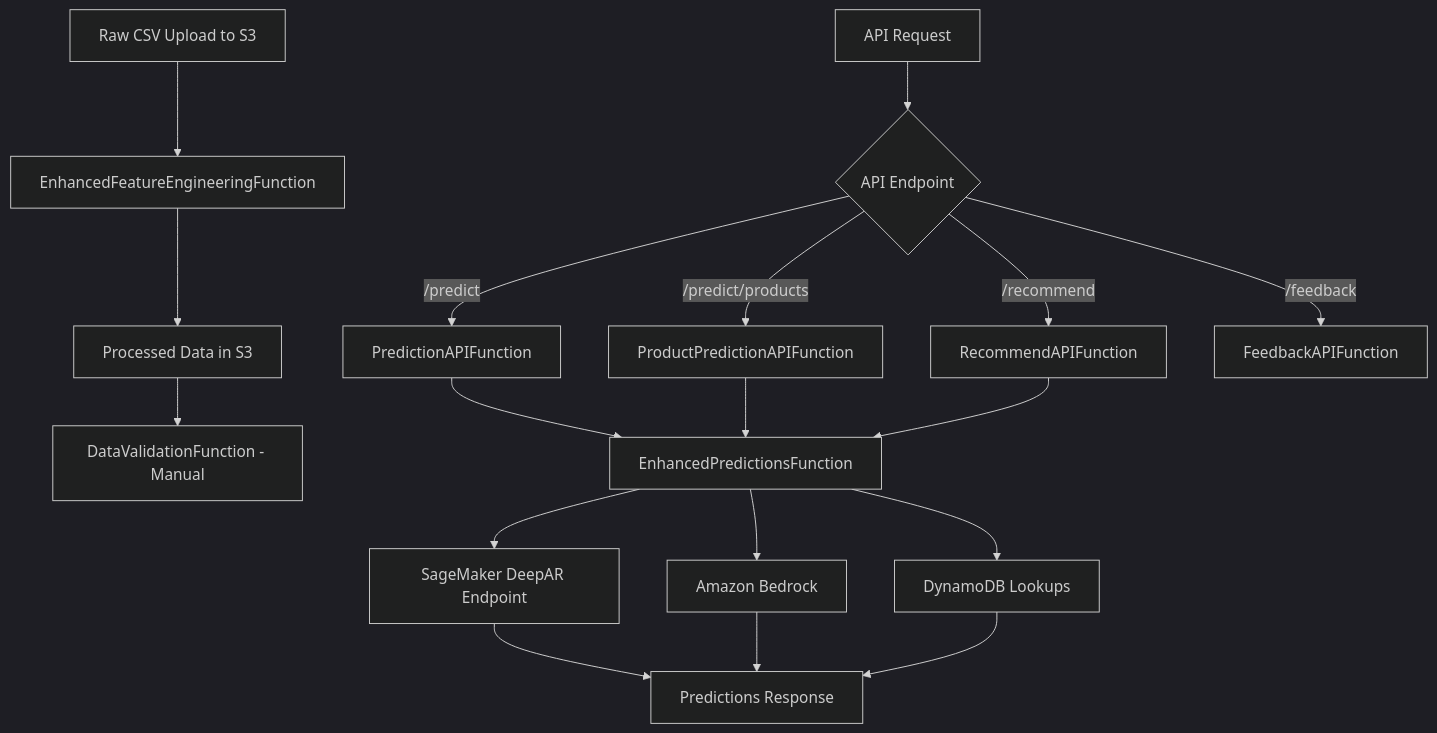
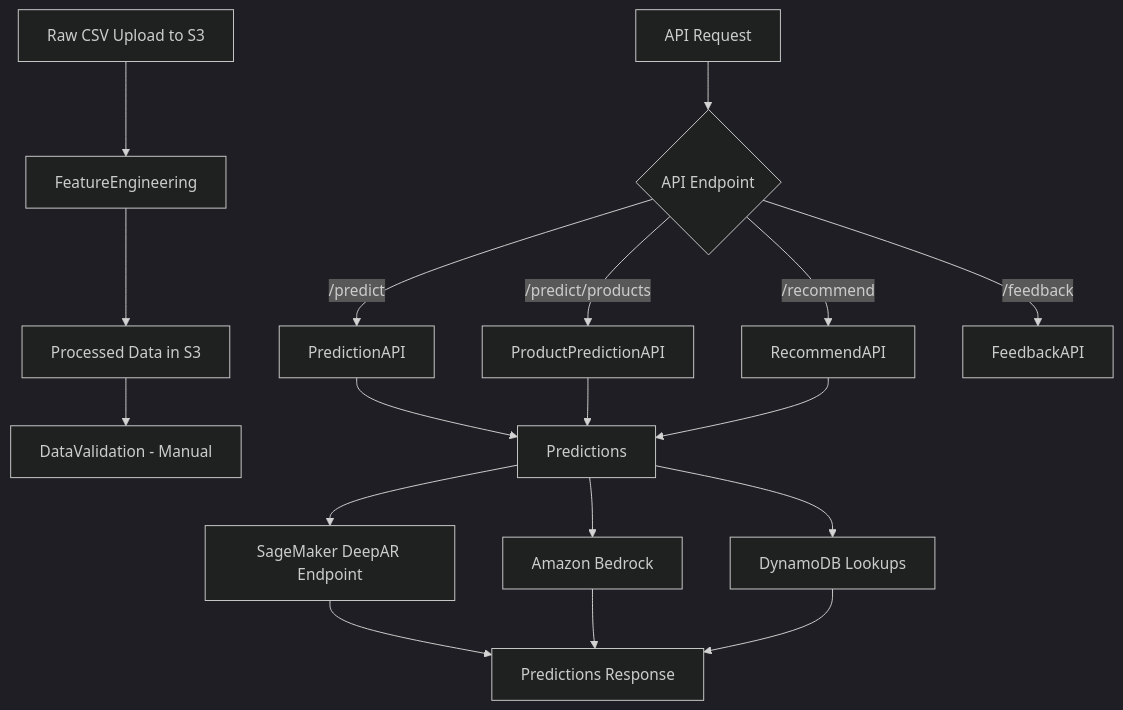
Before and after one commit to gauravpcu/cartitemprediction: the diagram in README.md, drawn with Mermaid (dark theme). The commit also changed other lines of this file and 10956 other files, not shown here.

First line of the commit message:
feat: Lambda optimization and enhanced feature engineering

````diff
--- a/README.md
+++ b/README.md
@@ -41,24 +41,24 @@
 ```mermaid
 graph TD
-    A[Raw CSV Upload to S3] --> B[EnhancedFeatureEngineeringFunction]
+    A[Raw CSV Upload to S3] --> B[FeatureEngineering]
     B --> C[Processed Data in S3]
-    C --> D[DataValidationFunction - Manual]
+    C --> D[DataValidation - Manual]
     
     E[API Request] --> F{API Endpoint}
-    F -->|/predict| G[PredictionAPIFunction]
-    F -->|/predict/products| H[ProductPredictionAPIFunction] 
-    F -->|/recommend| I[RecommendAPIFunction]
-    F -->|/feedback| J[FeedbackAPIFunction]
+    F -->|/predict| G[PredictionAPI]
+    F -->|/predict/products| H[ProductPredictionAPI] 
+    F -->|/recommend| I[RecommendAPI]
+    F -->|/feedback| J[FeedbackAPI]
     
-    G --> K[EnhancedPredictionsFunction]
+    G --> K[Predictions]
     H --> K
     I --> K
     
     K --> L[SageMaker DeepAR Endpoint]
     K --> M[Amazon Bedrock]
     K --> N[DynamoDB Lookups]
     
     L --> O[Predictions Response]
     M --> O
     N --> O
 ```
````
